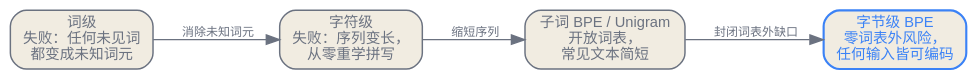
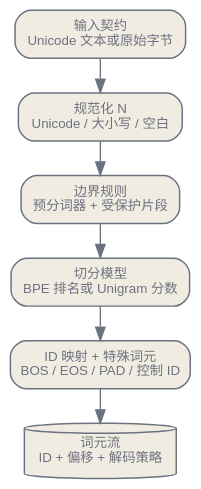
Before and after one commit to latere-ai/ai-as-an-infrastructure: the diagram in zh/foundations/03-tokenization.qmd, drawn with Graphviz. The commit also changed other lines of this file and 1 other file, not shown here.

Commit message:
docs: rewrite Chinese tokenization chapter

````diff
--- a/zh/foundations/03-tokenization.qmd
+++ b/zh/foundations/03-tokenization.qmd
@@ -113,19 +11,20 @@
 ```{dot}
-//| label: fig-tokenization-evolution
-//| fig-cap: "从词级到字节级分词的演进路线。每条箭头都标注了下一阶段所消除的失败。字节级 BPE 彻底封闭了词表外的缺口。"
-digraph evolution {
+//| label: fig-tokenization-contract
+//| fig-cap: "分词器契约。规范化与边界规则决定切分模型看到的输入流；词表、特殊词元策略、后处理器和解码器再共同决定 ID 及其含义。"
+digraph {
   bgcolor="transparent";
-  rankdir=LR;
-  node [shape=box, fontname="Helvetica", fontsize=11, style="rounded,filled", fillcolor="#f1ece1", color="#6b7280", fontcolor="#6b7280", penwidth=1.1];
-  edge [fontname="Helvetica", fontsize=9, color="#6b7280", fontcolor="#6b7280"];
+  rankdir=TB;
+  nodesep=0.32; ranksep=0.36;
+  node [shape=box, style="rounded,filled", fontname="Helvetica", fontsize=10, color="#6b7280", fontcolor="#6b7280", fillcolor="#f1ece1", penwidth=1.1];
+  edge [fontsize=9, fontname="Helvetica", color="#6b7280", fontcolor="#6b7280"];
 
-  word    [label="词级\n失败：任何未见词\n都变成未知词元"];
-  char    [label="字符级\n失败：序列变长，\n从零重学拼写"];
-  subword [label="子词 BPE / Unigram\n开放词表，\n常见文本简短"];
-  byte    [label="字节级 BPE\n零词表外风险，\n任何输入皆可编码", color="#3b82f6", fontcolor="#3b82f6", penwidth=1.6];
+  A [label="输入契约\nUnicode 文本或原始字节"];
+  B [label="规范化 N\nUnicode / 大小写 / 空白"];
+  C [label="边界规则\n预分词器 + 受保护片段"];
+  D [label="切分模型\nBPE 排名或 Unigram 分数"];
+  E [label="ID 映射 + 特殊词元\nBOS / EOS / PAD / 控制 ID"];
+  F [label="词元流\nID + 偏移 + 解码策略", shape=cylinder];
 
-  word    -> char    [label="  消除未知词元"];
-  char    -> subword [label="  缩短序列"];
-  subword -> byte    [label="  封闭词表外缺口"];
+  A -> B -> C -> D -> E -> F;
 }
 ```
````
